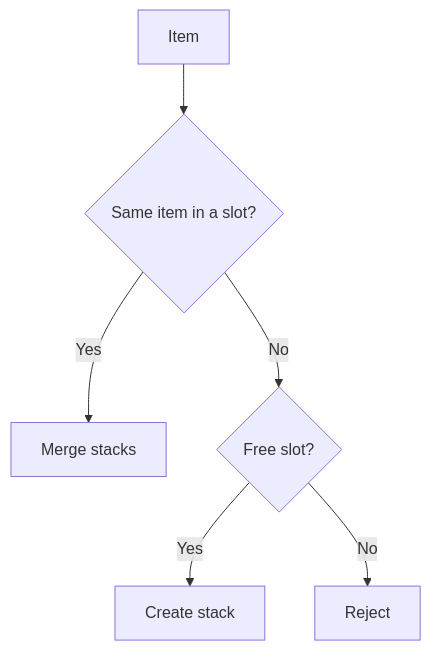
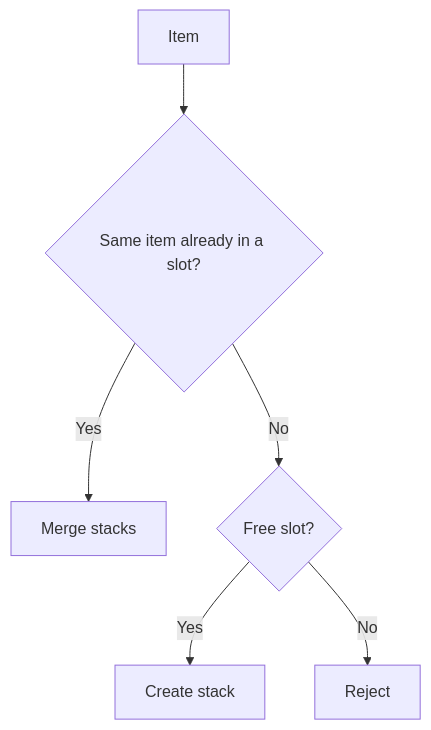
The third of 4 diagrams in .docs/content/architecture/strategies.en.md (SergeevSergey99/DragAndDropSystem-Docs), drawn with Mermaid before and after one commit. The commit also changed other lines of this file and 15 other files, not shown here.

````diff
--- a/.docs/content/architecture/strategies.en.md
+++ b/.docs/content/architecture/strategies.en.md
@@ -52,8 +60,8 @@
 ```mermaid
 flowchart TD
-    A["Item"] --> B{"Same item in a slot?"}
+    A["Item"] --> B{"Same item already in a slot?"}
     B -->|Yes| C["Merge stacks"]
     B -->|No| D{"Free slot?"}
     D -->|Yes| E["Create stack"]
     D -->|No| F["Reject"]
 ```
````
